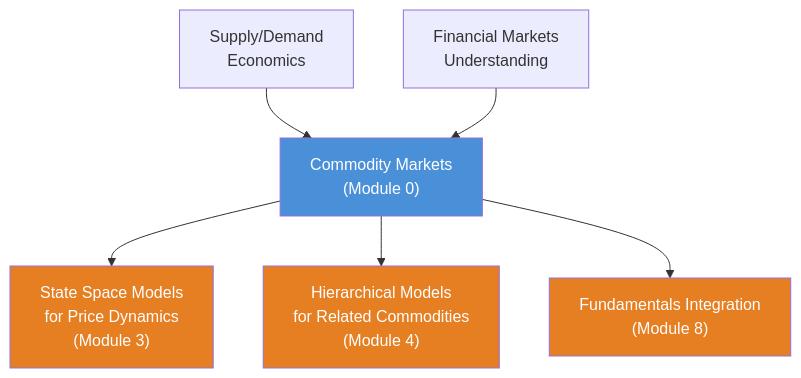
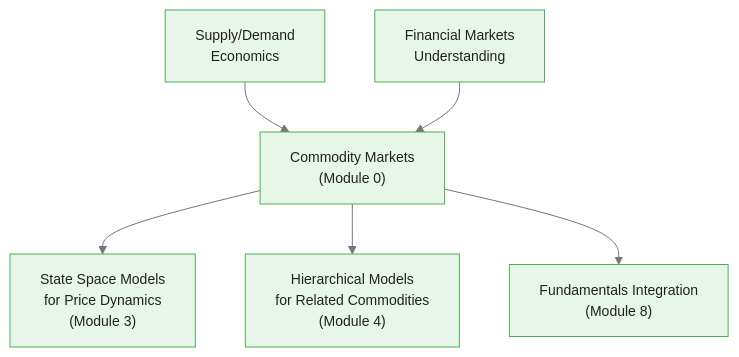
Before and after one commit to m-deane/course-creator: the sixth of 6 diagrams in courses/bayesian-commodity-forecasting/modules/module_00_foundations/guides/02_commodity_markets_intro_slides.md, drawn with Mermaid. The commit also changed other lines of this file and 104 other files, not shown here.

````diff
--- a/courses/bayesian-commodity-forecasting/modules/module_00_foundations/guides/02_commodity_markets_intro_slides.md
+++ b/courses/bayesian-commodity-forecasting/modules/module_00_foundations/guides/02_commodity_markets_intro_slides.md
@@ -448,12 +461,9 @@
 ```mermaid
+%%{init: {"theme": "base", "themeVariables": {"primaryColor": "#e8f5e9", "primaryBorderColor": "#4caf50", "primaryTextColor": "#212121", "secondaryColor": "#e3f2fd", "tertiaryColor": "#fff8e1", "lineColor": "#757575", "fontFamily": "Inter, sans-serif", "fontSize": "14px"}}}%%
 flowchart TD
     CM["Commodity Markets\n(Module 0)"] --> SSM["State Space Models\nfor Price Dynamics\n(Module 3)"]
     CM --> HM["Hierarchical Models\nfor Related Commodities\n(Module 4)"]
     CM --> FI["Fundamentals Integration\n(Module 8)"]
     SD["Supply/Demand\nEconomics"] --> CM
     FM["Financial Markets\nUnderstanding"] --> CM
-    style CM fill:#4a90d9,color:#fff
-    style SSM fill:#e67e22,color:#fff
-    style HM fill:#e67e22,color:#fff
-    style FI fill:#e67e22,color:#fff
 ```
````
